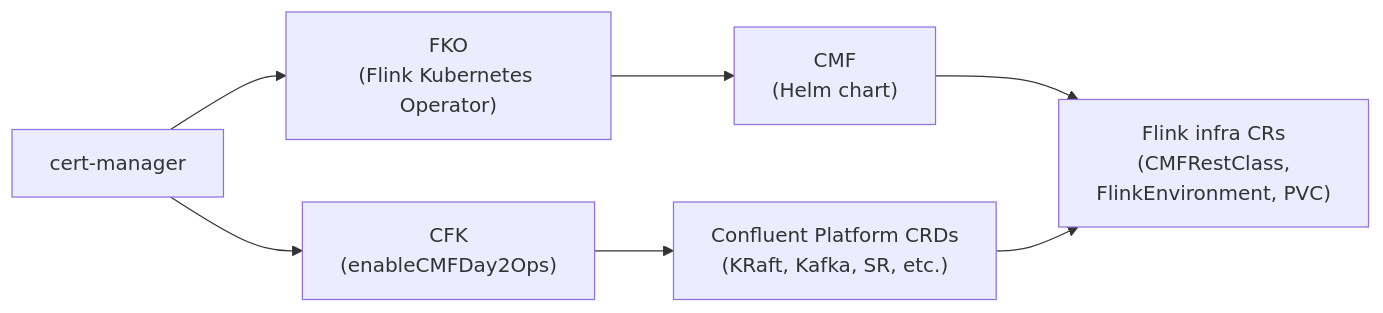
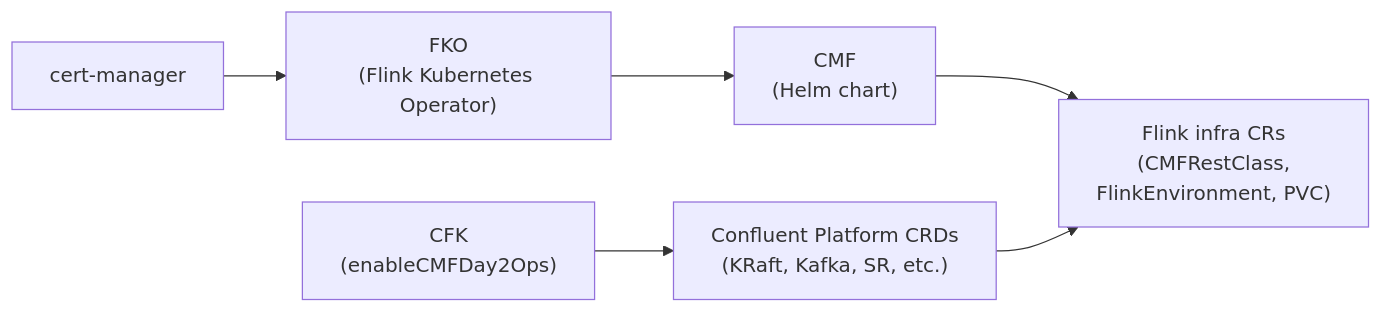
One commit to aadmassu/flink-on-k8s-with-cp changed the second of 3 diagrams in README-PHASE-II.md. Above: the diagram before and after it, drawn with Mermaid. The commit also changed other lines of this file and 2 other files, not shown here.

Commit message:
Fix cert-manager dependency docs and SCC service account names
- Remove incorrect cert-manager → CFK dependency from diagrams (cert-manager
  is only a prerequisite for FKO, not CFK)
- Fix SCC bindings: use correct SA names (confluent-manager-for-apache-flink,
  flink-operator) and add default SA
- Update CP version reference in README-PHASE-II.md to 8.1.1

````diff
--- a/README-PHASE-II.md
+++ b/README-PHASE-II.md
@@ -125,9 +125,9 @@
 ```mermaid
 flowchart LR
     A["cert-manager"] --> B["FKO<br>(Flink Kubernetes Operator)"]
-    A --> C["CFK<br>(enableCMFDay2Ops)"]
+    C["CFK<br>(enableCMFDay2Ops)"]
     B --> D["CMF<br>(Helm chart)"]
     C --> E["Confluent Platform CRDs<br>(KRaft, Kafka, SR, etc.)"]
     D --> F["Flink infra CRs<br>(CMFRestClass,<br>FlinkEnvironment, PVC)"]
     E --> F
 ```
````
